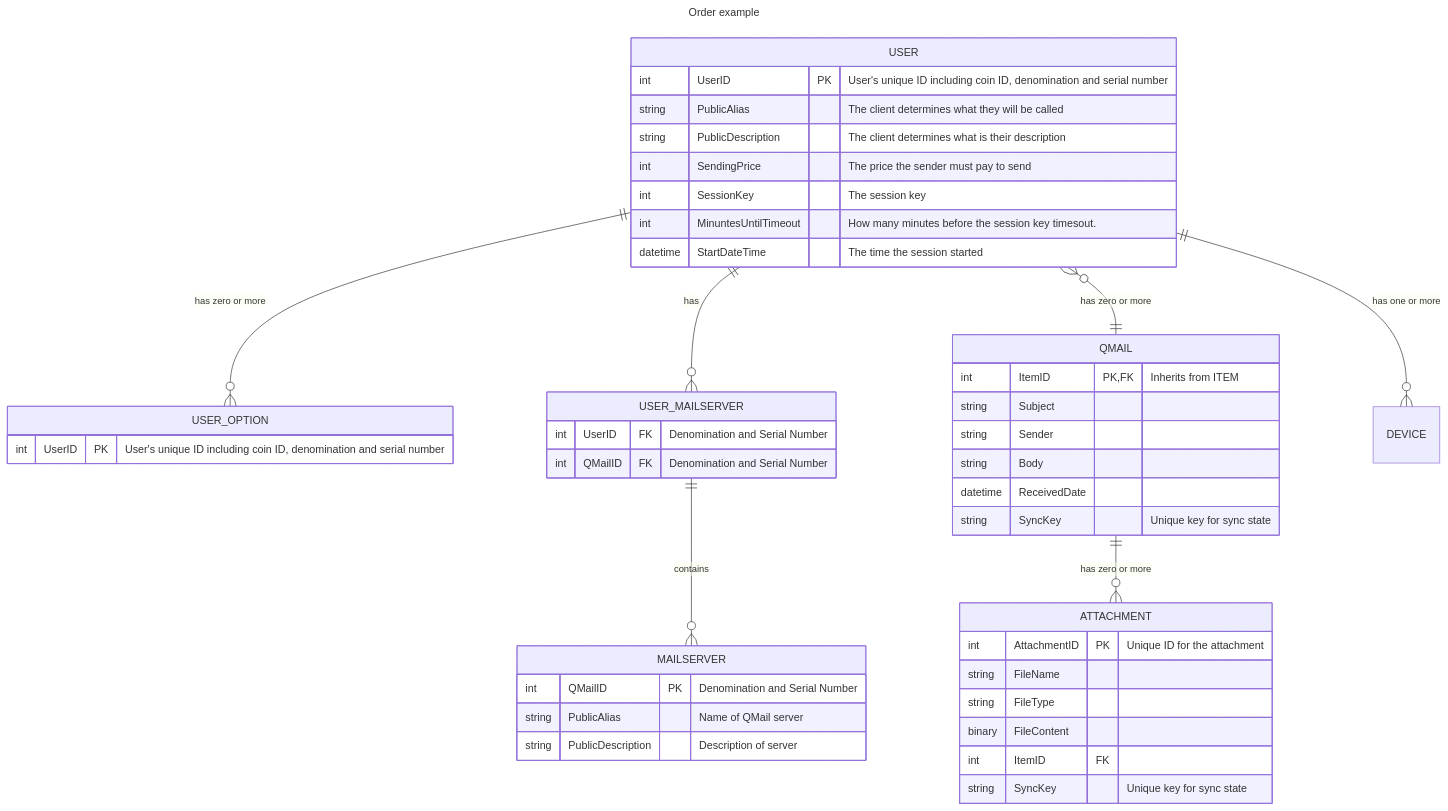
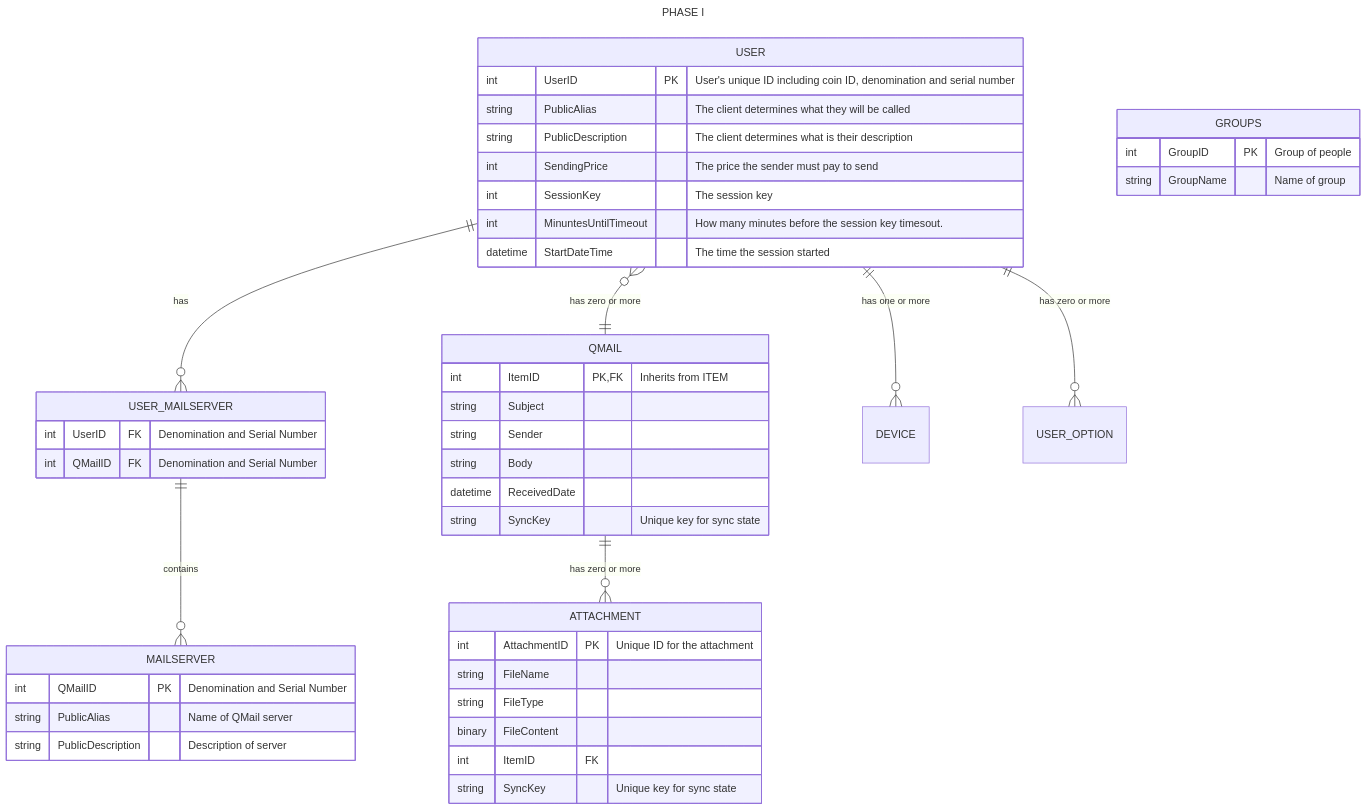
One commit to worthingtonse/client-prompts changed the first of 2 diagrams in Ideas In Progress/QMAIL/erd.md. Above: the diagram before and after it, drawn with Mermaid. The commit also changed other lines of this file, not shown here.

````diff
--- a/Ideas In Progress/QMAIL/erd.md
+++ b/Ideas In Progress/QMAIL/erd.md
@@ -2,61 +2,63 @@
 ```mermaid
 ---
-title: Order example
+title: PHASE I
 ---
 erDiagram
 
     USER {
         int UserID PK "User's unique ID including coin ID, denomination and serial number"
         string PublicAlias "The client determines what they will be called"
         string PublicDescription "The client determines what is their description"
         int SendingPrice "The price the sender must pay to send"
         int SessionKey "The session key"
         int MinuntesUntilTimeout "How many minutes before the session key timesout."
         datetime StartDateTime "The time the session started"
     }
 
-
-    USER_OPTION {
-        int UserID PK "User's unique ID including coin ID, denomination and serial number"
+    GROUPS {
+        int GroupID PK "Group of people"
+        string GroupName "Name of group"
 
     }
+
+
 
     USER_MAILSERVER {
         int UserID FK "Denomination and Serial Number"
         int QMailID FK "Denomination and Serial Number"
     }
 
     MAILSERVER {
         int QMailID PK "Denomination and Serial Number"
         string PublicAlias "Name of QMail server"
         string PublicDescription "Description of server"
     }
 
 
     QMAIL {
         int ItemID PK, FK "Inherits from ITEM"
         string Subject
         string Sender
         string Body
         datetime ReceivedDate
         string SyncKey "Unique key for sync state"
     }
 
     ATTACHMENT {
         int AttachmentID PK "Unique ID for the attachment"
         string FileName
         string FileType
         binary FileContent
         int ItemID FK
         string SyncKey "Unique key for sync state"
     }
 
     USER ||--o{ DEVICE : "has one or more"
     USER ||--o{ USER_OPTION : "has zero or more"
     USER ||--o{ USER_MAILSERVER : "has"
     USER_MAILSERVER ||--o{ MAILSERVER : "contains"
     USER }o--|| QMAIL : "has zero or more"
     QMAIL ||--o{ ATTACHMENT : "has zero or more"
 
 
 ```
````
